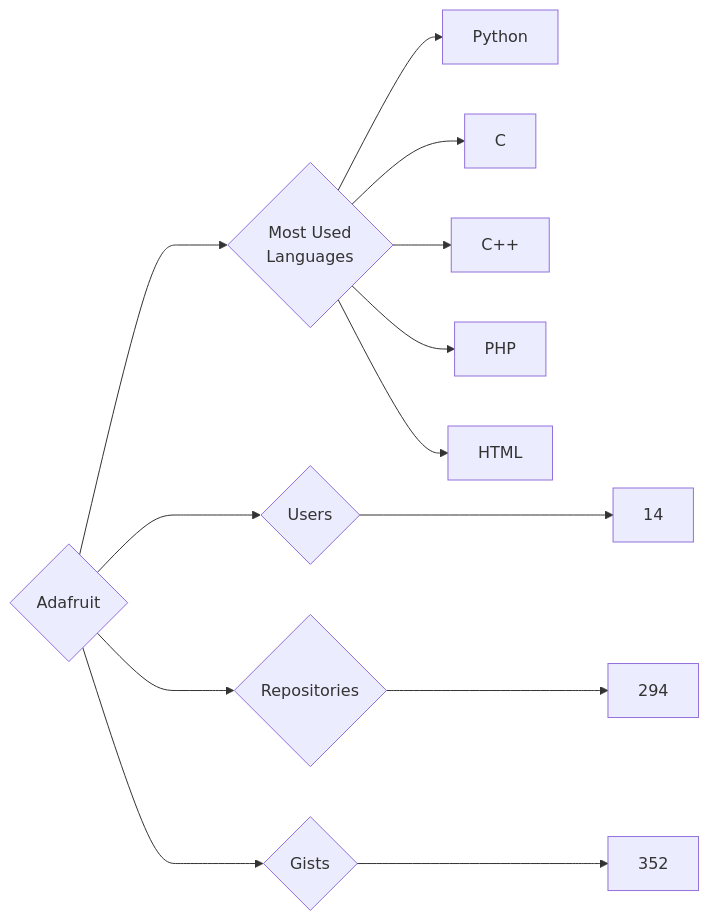
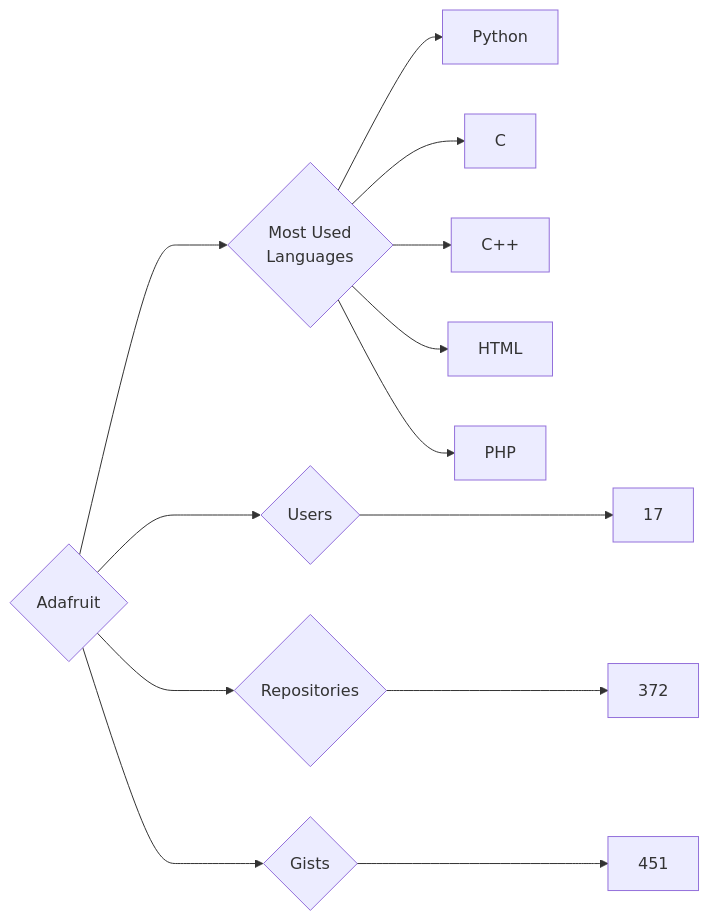
One commit to trickest/insiders changed the diagram in targets/Adafruit/README.md. Above: the diagram before and after it, drawn with Mermaid. The commit also changed 682 other files, not shown here.

````diff
--- a/targets/Adafruit/README.md
+++ b/targets/Adafruit/README.md
@@ -3,13 +3,13 @@
 ```mermaid
 graph LR
 COMPANY_NAME{Adafruit}
-COMPANY_NAME ---> U{Users} ---> UN[14]
-COMPANY_NAME ---> R{Repositories} ---> RN[294]
-COMPANY_NAME ---> G{Gists} ---> GN[352]
+COMPANY_NAME ---> U{Users} ---> UN[17]
+COMPANY_NAME ---> R{Repositories} ---> RN[372]
+COMPANY_NAME ---> G{Gists} ---> GN[451]
 COMPANY_NAME ---> ML{Most Used<br>Languages}
 ML --> Python[Python]
 ML --> C[C]
 ML --> C++[C++]
+ML --> HTML[HTML]
 ML --> PHP[PHP]
-ML --> HTML[HTML]
 ```
````
